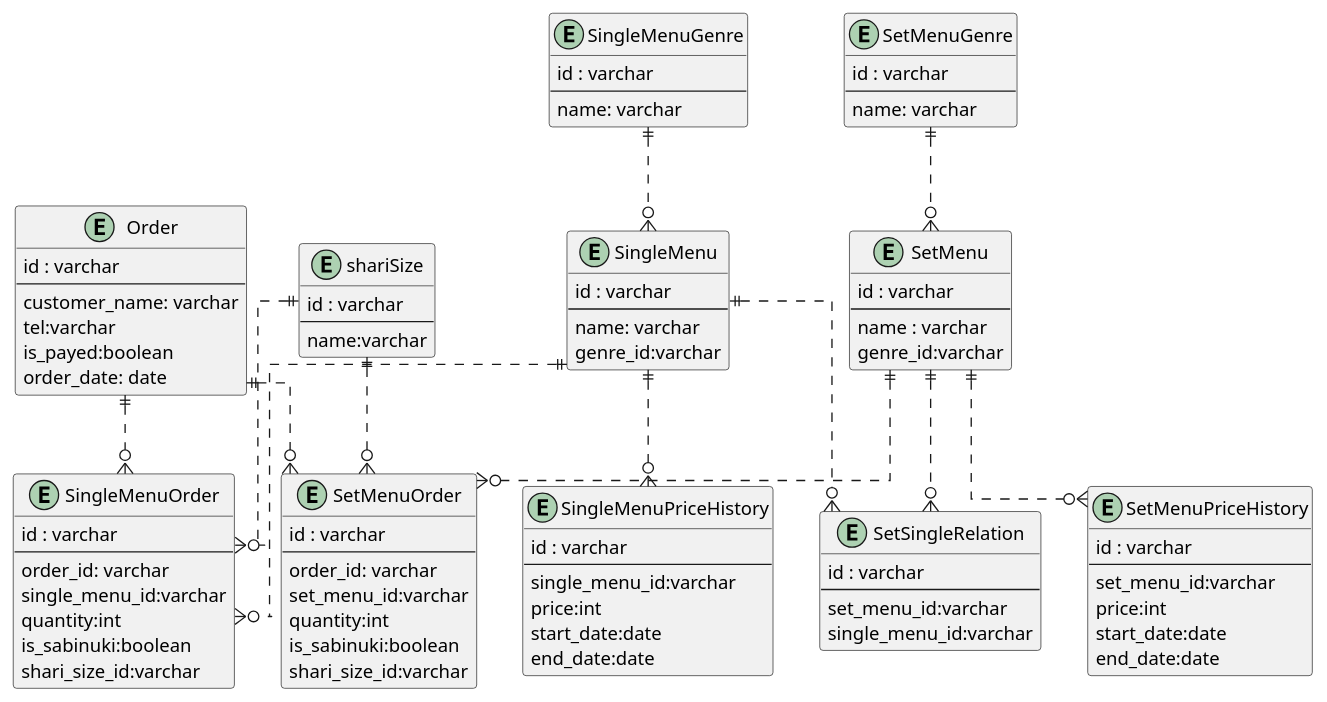
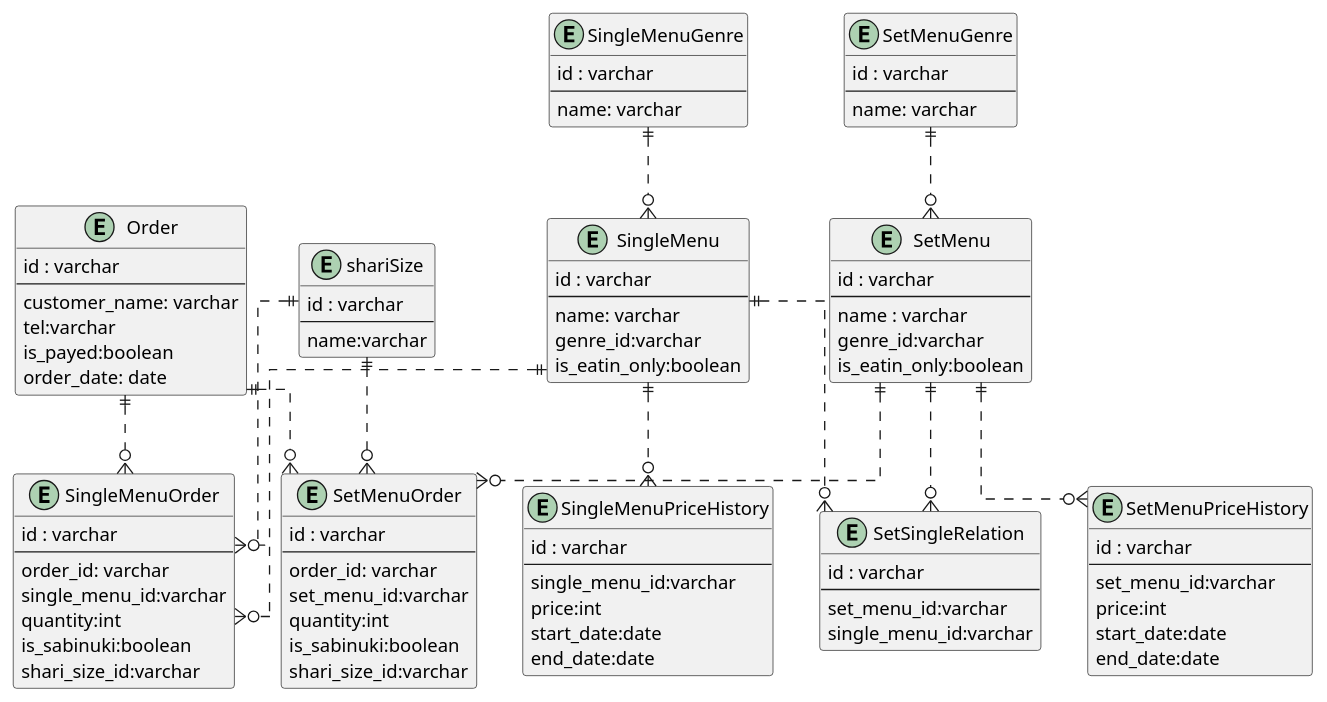
Before and after one commit to kai815/PrAhaChallenge: the diagram in db/modeling/one/answer.pu, drawn with PlantUML. The commit also changed 1 other file, not shown here.

```diff
--- a/db/modeling/one/answer.pu
+++ b/db/modeling/one/answer.pu
@@ -1,106 +1,108 @@
 @startuml
 
 
 ' avoid problems with angled crows feet
 skinparam linetype ortho
 
 entity "Order" {
   id : varchar
   --
   customer_name: varchar
   tel:varchar
   is_payed:boolean
   order_date: date
 }
 
 entity "SingleMenuOrder" {
   id : varchar
   --
   order_id: varchar
   single_menu_id:varchar
   quantity:int
   is_sabinuki:boolean
   shari_size_id:varchar
 }
 
 entity "SetMenuOrder" {
   id : varchar
   --
   order_id: varchar
   set_menu_id:varchar
   quantity:int
   is_sabinuki:boolean
   shari_size_id:varchar
 }
 
 entity "SingleMenu" {
   id : varchar
   --
   name: varchar
   genre_id:varchar
+  is_eatin_only:boolean
 }
 
 entity "SingleMenuGenre" {
   id : varchar
   --
   name: varchar
 }
 
 entity "SetMenu" {
   id : varchar
   --
   name : varchar
   genre_id:varchar
+  is_eatin_only:boolean
 }
 
 entity "SetMenuGenre" {
   id : varchar
   --
   name: varchar
 }
 
 entity "SetSingleRelation" {
   id : varchar
   --
   set_menu_id:varchar
   single_menu_id:varchar
 }
 
 entity "SingleMenuPriceHistory" {
   id : varchar
   --
   single_menu_id:varchar
   price:int
   start_date:date
   end_date:date
 }
 
 entity "SetMenuPriceHistory" {
   id : varchar
   --
   set_menu_id:varchar
   price:int
   start_date:date
   end_date:date
 }
 
 entity "shariSize" {
   id : varchar
   --
   name:varchar
 }
 
 
 Order ||..o{ SingleMenuOrder
 Order ||..o{ SetMenuOrder
 SingleMenuGenre ||..o{ SingleMenu
 SetMenuGenre ||..o{ SetMenu
 SingleMenu ||..o{ SingleMenuOrder
 SetMenu ||..o{ SetMenuOrder
 SingleMenu ||..o{ SetSingleRelation
 SetMenu ||..o{ SetSingleRelation
 SingleMenu ||..o{ SingleMenuPriceHistory
 SetMenu ||..o{ SetMenuPriceHistory
 shariSize ||..o{ SingleMenuOrder
 shariSize ||..o{ SetMenuOrder
 @enduml
```
